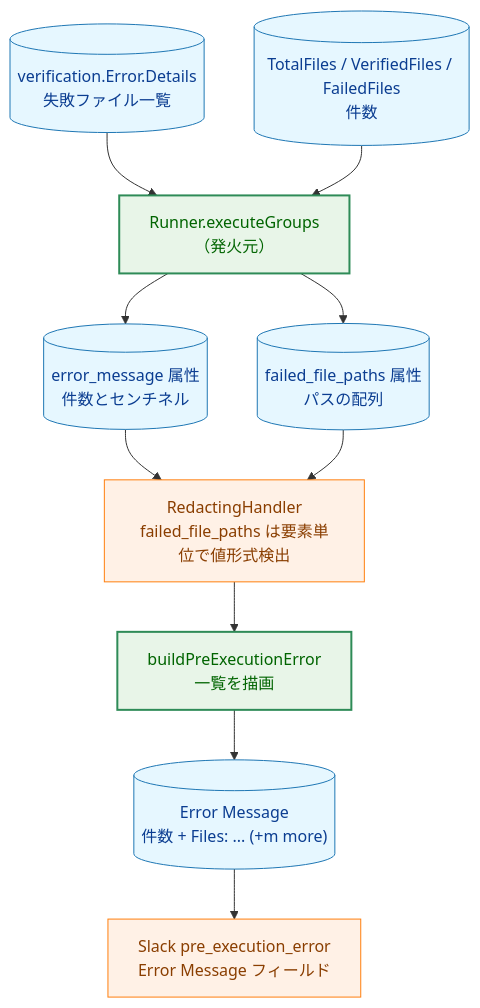
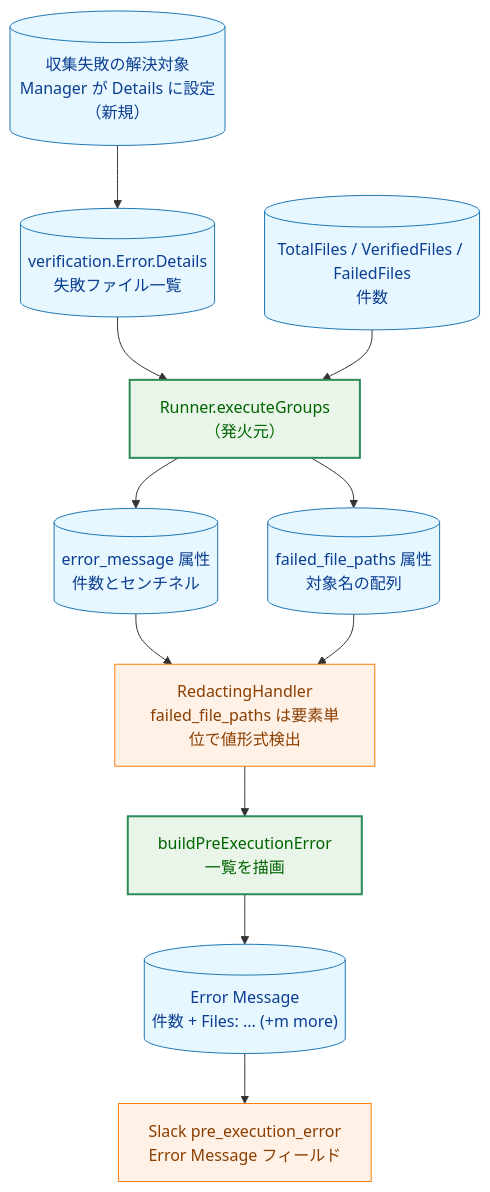
Before and after one commit to isseis/go-safe-cmd-runner: the first of 10 diagrams in docs/tasks/0175_group_verification_error_failed_files/02_architecture.md, drawn with Mermaid. The commit also changed other lines of this file and 1 other file, not shown here.

First line of the commit message:
docs(0175): carry collection failures as failed file paths

````diff
--- a/docs/tasks/0175_group_verification_error_failed_files/02_architecture.md
+++ b/docs/tasks/0175_group_verification_error_failed_files/02_architecture.md
@@ -75,30 +79,32 @@
 ```mermaid
 flowchart TD
     classDef data fill:#e6f7ff,stroke:#1f77b4,stroke-width:1px,color:#0b3d91;
     classDef process fill:#fff1e6,stroke:#ff7f0e,stroke-width:1px,color:#8a3e00;
     classDef enhanced fill:#e8f5e8,stroke:#2e8b57,stroke-width:2px,color:#006400;
 
     DET[("verification.Error.Details<br>失敗ファイル一覧")]
+    CF[("収集失敗の解決対象<br>Manager が Details に設定（新規）")]
     CNT[("TotalFiles / VerifiedFiles / FailedFiles<br>件数")]
     RUN["Runner.executeGroups<br>（発火元）"]
     MSG[("error_message 属性<br>件数とセンチネル")]
-    FILES[("failed_file_paths 属性<br>パスの配列")]
+    FILES[("failed_file_paths 属性<br>対象名の配列")]
     RED["RedactingHandler<br>failed_file_paths は要素単位で値形式検出"]
     BUILD["buildPreExecutionError<br>一覧を描画"]
     BODY[("Error Message<br>件数 + Files: ... (+m more)")]
     OUT["Slack pre_execution_error<br>Error Message フィールド"]
 
+    CF --> DET
     DET --> RUN
     CNT --> RUN
     RUN --> MSG
     RUN --> FILES
     MSG --> RED
     FILES --> RED
     RED --> BUILD
     BUILD --> BODY
     BODY --> OUT
 
-    class DET,CNT,MSG,FILES,BODY data
+    class CF,DET,CNT,MSG,FILES,BODY data
     class RUN,BUILD enhanced
     class RED,OUT process
 ```
````
